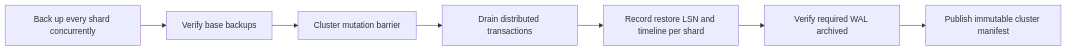
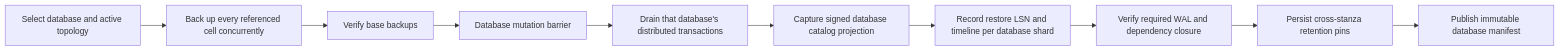
The diagram in website/docs/operations/backup-restore.md (andrew01234567890/pgshard), drawn with Mermaid before and after one commit. The commit also changed other lines of this file and 56 other files, not shown here.

Commit message:
feat(operator): bootstrap shardschema catalog (#77)

````diff
--- a/website/docs/operations/backup-restore.md
+++ b/website/docs/operations/backup-restore.md
@@ -21,9 +27,12 @@
 ```mermaid
 flowchart LR
-  B[Back up every shard concurrently] --> V[Verify base backups]
-  V --> G[Cluster mutation barrier]
-  G --> D[Drain distributed transactions]
-  D --> L[Record restore LSN and timeline per shard]
-  L --> W[Verify required WAL archived]
-  W --> M[Publish immutable cluster manifest]
+  T[Select database and active topology] --> B[Back up every referenced cell concurrently]
+  B --> V[Verify base backups]
+  V --> G[Database mutation barrier]
+  G --> D[Drain that database's distributed transactions]
+  D --> C[Capture signed database catalog projection]
+  C --> L[Record restore LSN and timeline per database shard]
+  L --> W[Verify required WAL and dependency closure]
+  W --> P[Persist cross-stanza retention pins]
+  P --> M[Publish immutable database manifest]
 ```
````
